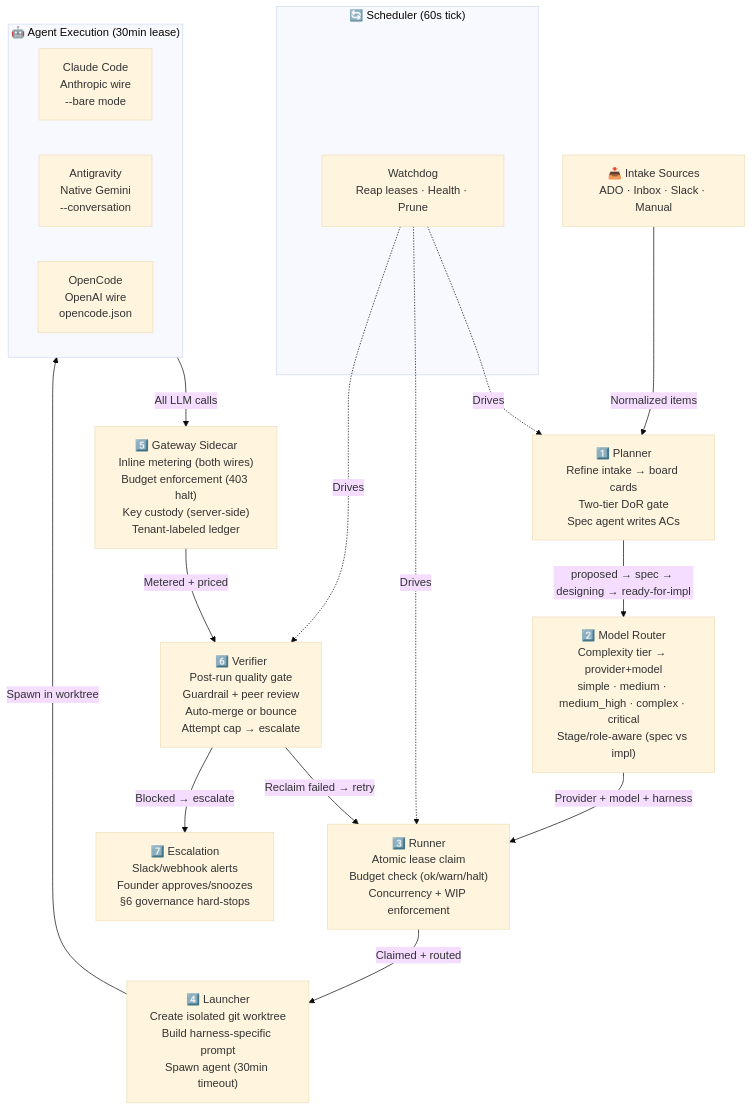
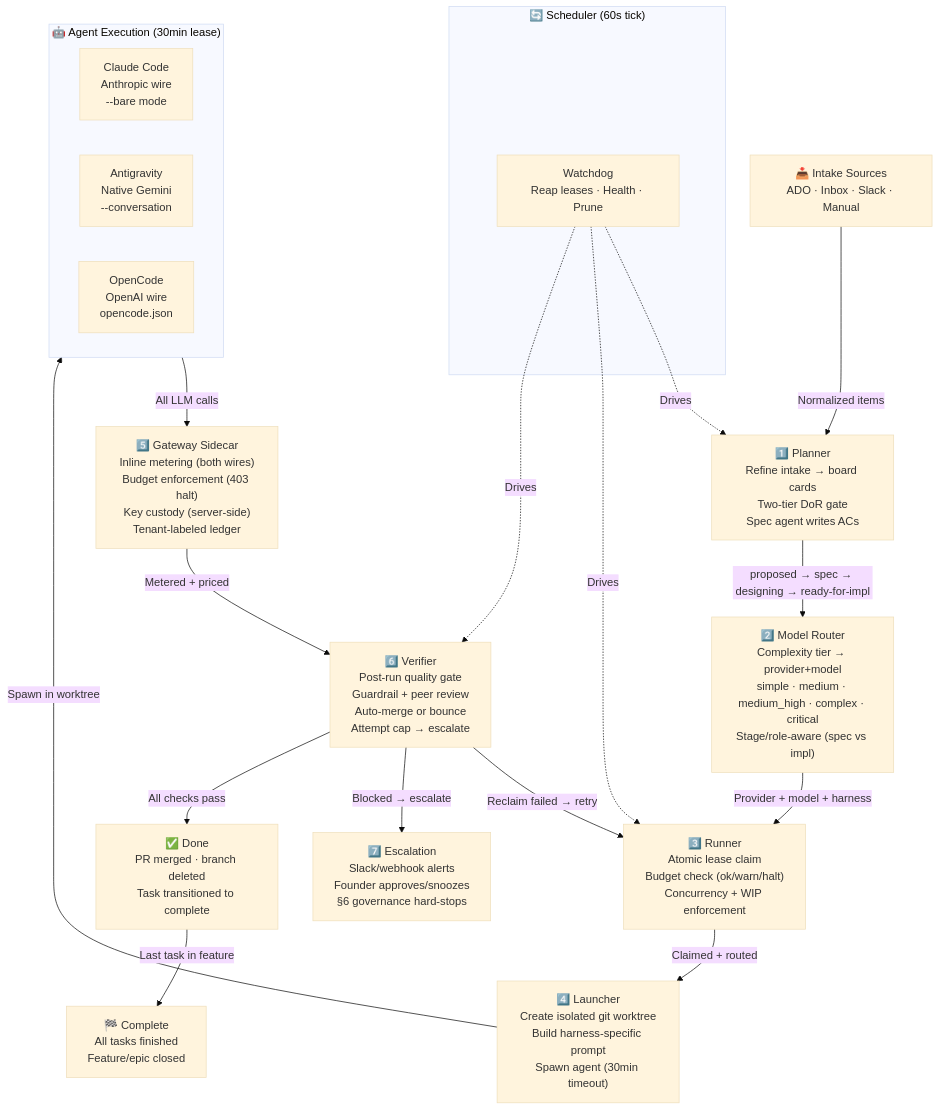
One commit to gravity-7/meridianos-core changed the diagram in docs/diagrams/processing-pipeline.md. Above: the diagram before and after it, drawn with Mermaid (base theme). The commit also changed 43 other files, not shown here.

````diff
--- a/docs/diagrams/processing-pipeline.md
+++ b/docs/diagrams/processing-pipeline.md
@@ -3,43 +3,49 @@
 ```mermaid
 flowchart TD
     Intake["📥 Intake Sources<br/>ADO · Inbox · Slack · Manual"]
     
     subgraph Scheduler["🔄 Scheduler (60s tick)"]
         Watchdog["Watchdog<br/>Reap leases · Health · Prune"]
     end
 
     Intake -->|"Normalized items"| Planner
 
     Planner["1️⃣ Planner<br/>Refine intake → board cards<br/>Two-tier DoR gate<br/>Spec agent writes ACs"]
     Planner -->|"proposed → spec → designing → ready-for-impl"| Router
 
     Router["2️⃣ Model Router<br/>Complexity tier → provider+model<br/>simple · medium · medium_high · complex · critical<br/>Stage/role-aware (spec vs impl)"]
     Router -->|"Provider + model + harness"| Runner
 
     Runner["3️⃣ Runner<br/>Atomic lease claim<br/>Budget check (ok/warn/halt)<br/>Concurrency + WIP enforcement"]
     Runner -->|"Claimed + routed"| Launcher
 
     Launcher["4️⃣ Launcher<br/>Create isolated git worktree<br/>Build harness-specific prompt<br/>Spawn agent (30min timeout)"]
     Launcher -->|"Spawn in worktree"| AgentBox
 
     subgraph AgentBox["🤖 Agent Execution (30min lease)"]
         Claude["Claude Code<br/>Anthropic wire<br/>--bare mode"]
         Antigravity["Antigravity<br/>Native Gemini<br/>--conversation"]
         OpenCode["OpenCode<br/>OpenAI wire<br/>opencode.json"]
     end
 
     AgentBox -->|"All LLM calls"| Gateway
 
     Gateway["5️⃣ Gateway Sidecar<br/>Inline metering (both wires)<br/>Budget enforcement (403 halt)<br/>Key custody (server-side)<br/>Tenant-labeled ledger"]
     Gateway -->|"Metered + priced"| Verifier
 
     Verifier["6️⃣ Verifier<br/>Post-run quality gate<br/>Guardrail + peer review<br/>Auto-merge or bounce<br/>Attempt cap → escalate"]
     Verifier -->|"Reclaim failed → retry"| Runner
     Verifier -->|"Blocked → escalate"| Escalation
+    Verifier -->|"All checks pass"| Done
 
     Escalation["7️⃣ Escalation<br/>Slack/webhook alerts<br/>Founder approves/snoozes<br/>§6 governance hard-stops"]
+
+    Done["✅ Done<br/>PR merged · branch deleted<br/>Task transitioned to complete"]
+    Complete["🏁 Complete<br/>All tasks finished<br/>Feature/epic closed"]
+
+    Done -->|"Last task in feature"| Complete
 
     Watchdog -.->|"Drives"| Planner
     Watchdog -.->|"Drives"| Runner
     Watchdog -.->|"Drives"| Verifier
 ```
````
